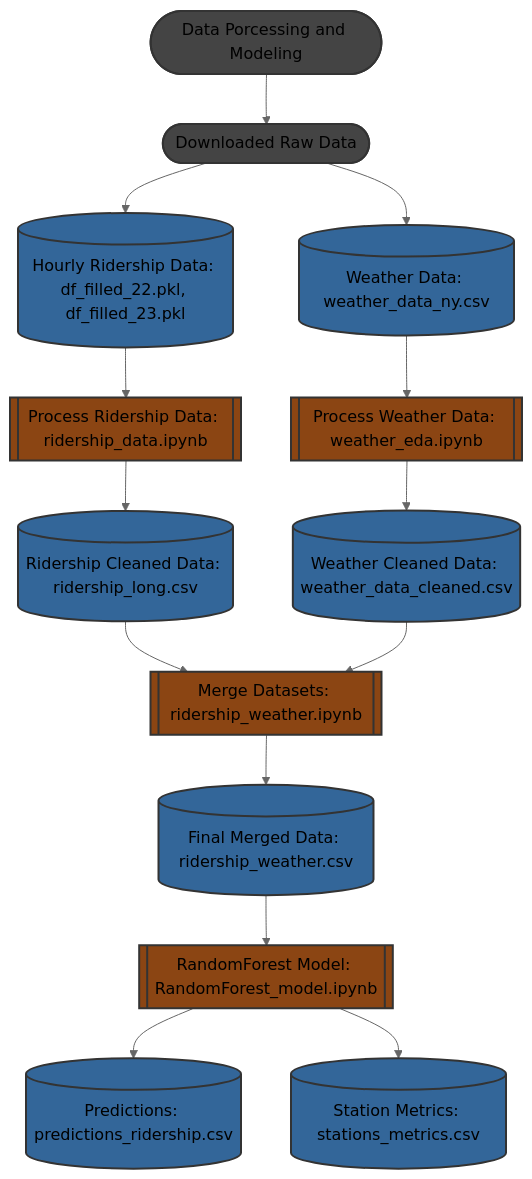
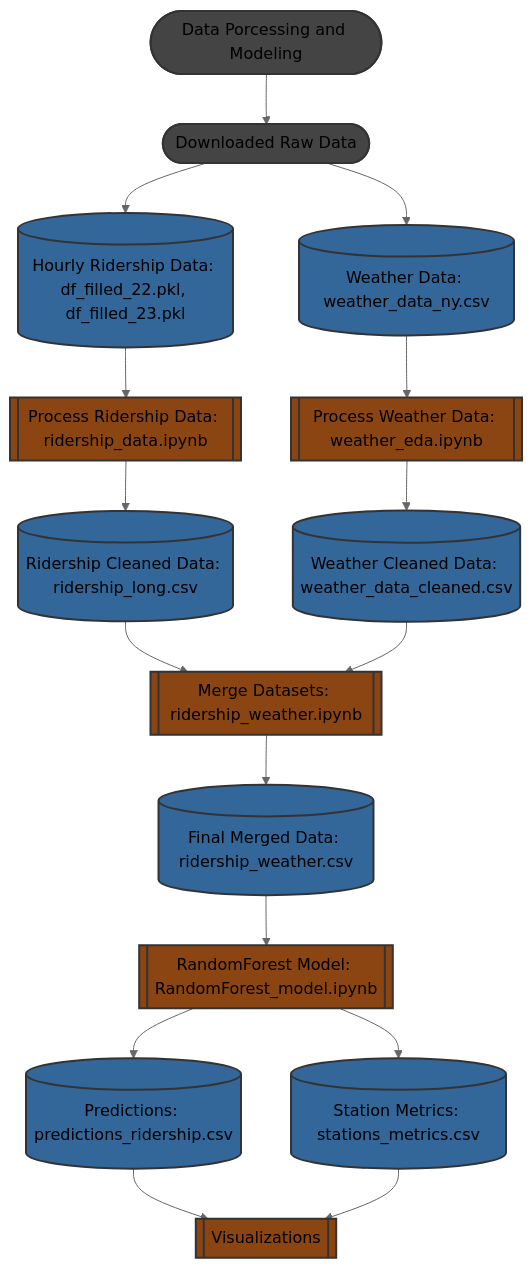
The diagram in README.md (and-jacks/mads-capstone), drawn with Mermaid (neutral theme) before and after one commit.

````diff
--- a/README.md
+++ b/README.md
@@ -26,27 +26,30 @@
 ```mermaid
 graph TB;
     A([Data Porcessing and Modeling]):::folder
     A --> B([Downloaded Raw Data]):::folder
     
     B --> B1[(Hourly Ridership Data: df_filled_22.pkl, df_filled_23.pkl)]:::file
     B --> B2[(Weather Data: weather_data_ny.csv)]:::file
     
     B1 --> C1[[Process Ridership Data: ridership_data.ipynb]]:::notebook
     C1 --> D1[(Ridership Cleaned Data: ridership_long.csv)]:::file
     
     B2 --> C2[[Process Weather Data: weather_eda.ipynb]]:::notebook
     C2 --> D2[(Weather Cleaned Data: weather_data_cleaned.csv)]:::file
     
     D1 --> E[[Merge Datasets: ridership_weather.ipynb]]:::notebook
     D2 --> E
     
     E --> F[(Final Merged Data: ridership_weather.csv)]:::file
 
     F --> G[[RandomForest Model: RandomForest_model.ipynb]]:::notebook
     G --> H1[(Predictions: predictions_ridership.csv)]:::file
     G --> H2[(Station Metrics: stations_metrics.csv)]:::file
 
+      H1 --> J[[Visualizations]]:::notebook
+    H2 --> J
+
     classDef folder fill:#444444,stroke:#333,stroke-width:2px;
     classDef file fill:#336699,stroke:#333,stroke-width:2px;
     classDef notebook fill:#8b4513,stroke:#333,stroke-width:2px;
 ```
````
